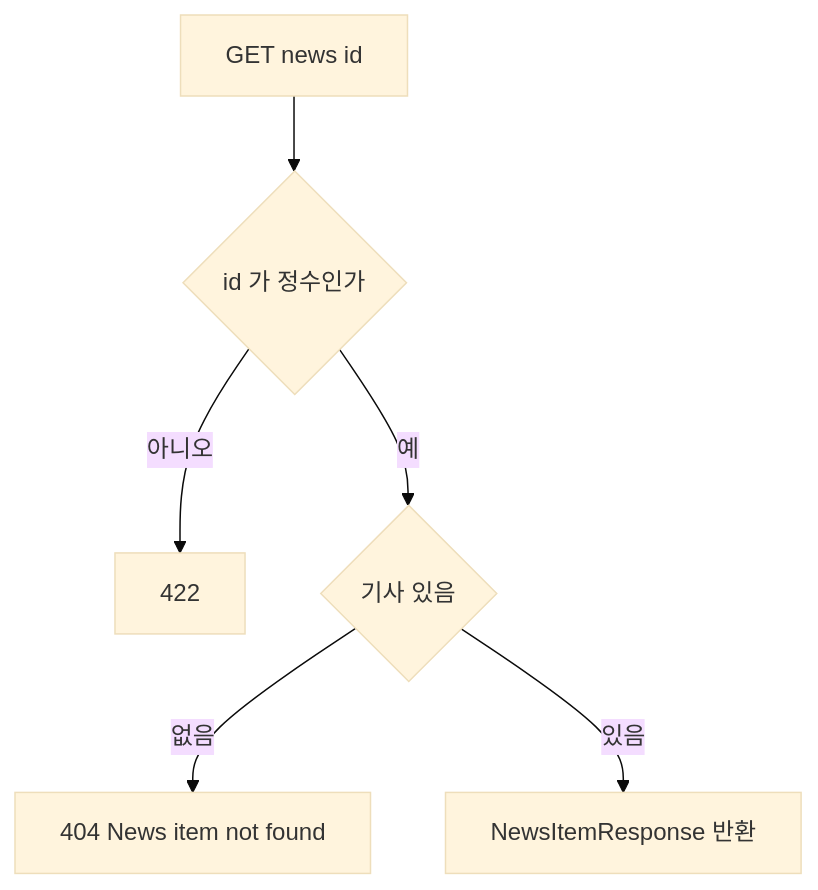
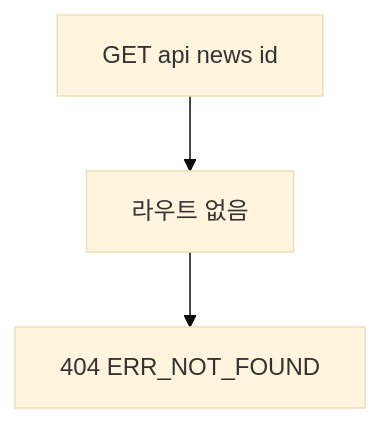
One commit to ozplayground/agent-lens changed diagram 12 of 19 in docs/spec-writer/fsd/01_NEWS_FEED_SPECIFICATION.md. Above: the diagram before and after it, drawn with Mermaid (base theme). The commit also changed other lines of this file and 216 other files, not shown here.

````diff
--- a/docs/spec-writer/fsd/01_NEWS_FEED_SPECIFICATION.md
+++ b/docs/spec-writer/fsd/01_NEWS_FEED_SPECIFICATION.md
@@ -933,8 +946,5 @@
 ```mermaid
 flowchart TD
-    A["GET news id"] --> B{"id 가 정수인가"}
-    B -->|아니오| C["422"]
-    B -->|예| D{"기사 있음"}
-    D -->|없음| E["404 News item not found"]
-    D -->|있음| F["NewsItemResponse 반환"]
+    A["GET api news id"] --> B["라우트 없음"]
+    B --> C["404 ERR_NOT_FOUND"]
 ```
````
